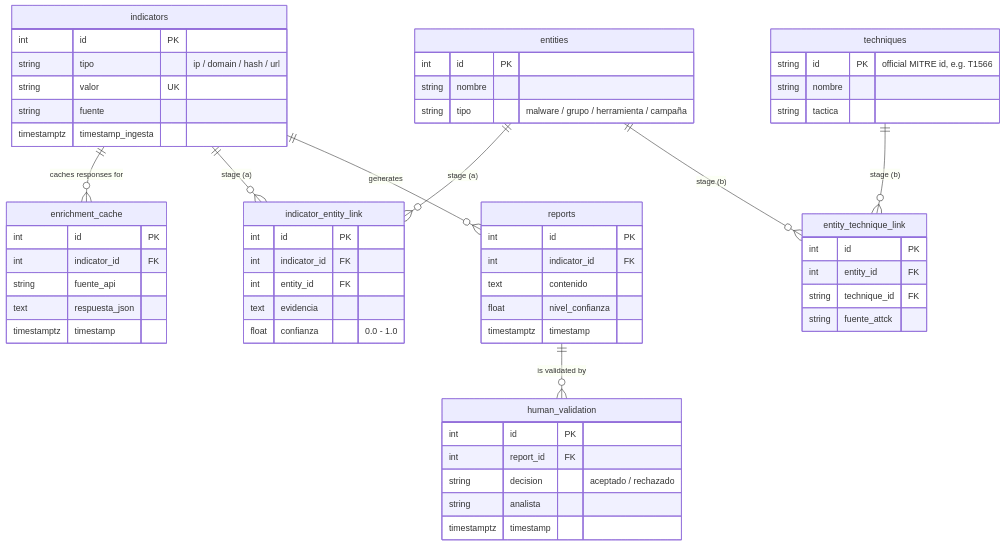
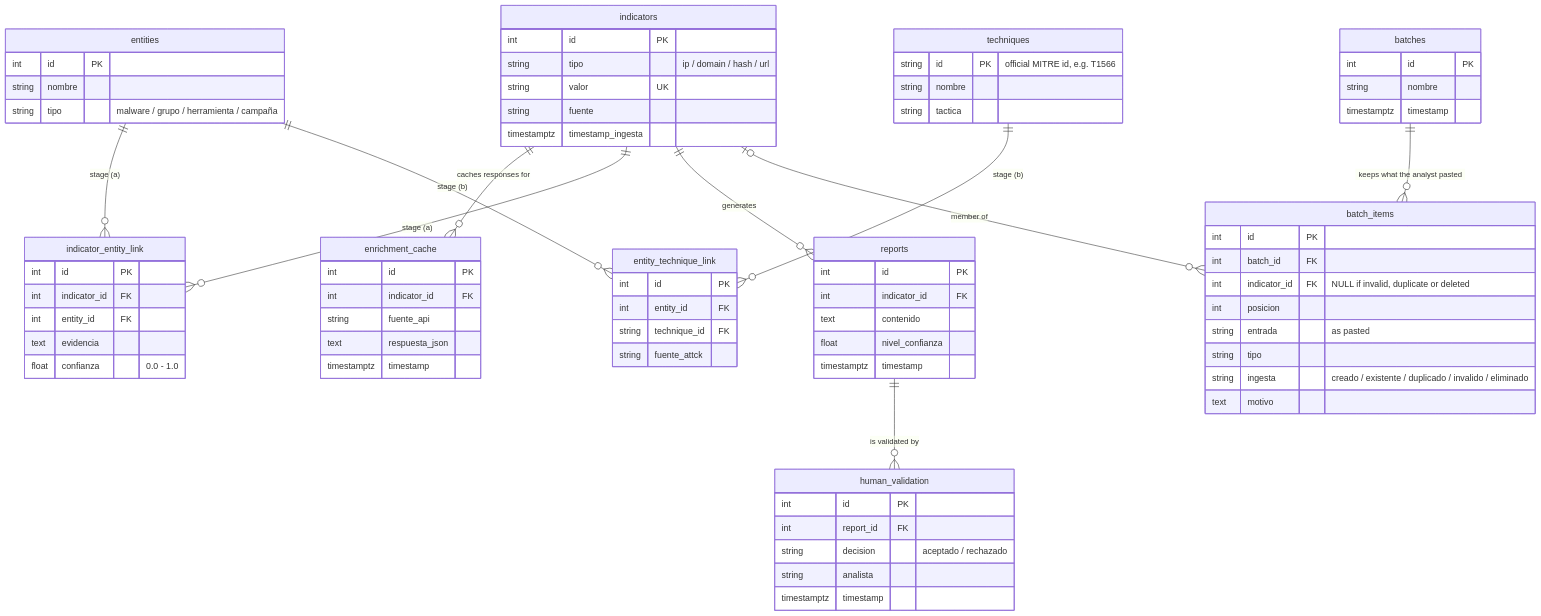
Before and after one commit to NEXO-FDSI/NEXO-BACKEND: the fourth of 4 diagrams in README.md, drawn with Mermaid. The commit also changed other lines of this file and 15 other files, not shown here.

````diff
--- a/README.md
+++ b/README.md
@@ -162,62 +162,79 @@
 ```mermaid
 erDiagram
     indicators ||--o{ enrichment_cache : "caches responses for"
     indicators ||--o{ indicator_entity_link : "stage (a)"
     entities   ||--o{ indicator_entity_link : "stage (a)"
     entities   ||--o{ entity_technique_link : "stage (b)"
     techniques ||--o{ entity_technique_link : "stage (b)"
     indicators ||--o{ reports : "generates"
     reports    ||--o{ human_validation : "is validated by"
+    batches    ||--o{ batch_items : "keeps what the analyst pasted"
+    indicators |o--o{ batch_items : "member of"
 
     indicators {
         int id PK
         string tipo "ip / domain / hash / url"
         string valor UK
         string fuente
         timestamptz timestamp_ingesta
     }
     enrichment_cache {
         int id PK
         int indicator_id FK
         string fuente_api
         text respuesta_json
         timestamptz timestamp
     }
     entities {
         int id PK
         string nombre
         string tipo "malware / grupo / herramienta / campaña"
     }
     indicator_entity_link {
         int id PK
         int indicator_id FK
         int entity_id FK
         text evidencia
         float confianza "0.0 - 1.0"
     }
     techniques {
         string id PK "official MITRE id, e.g. T1566"
         string nombre
         string tactica
     }
     entity_technique_link {
         int id PK
         int entity_id FK
         string technique_id FK
         string fuente_attck
     }
     reports {
         int id PK
         int indicator_id FK
         text contenido
         float nivel_confianza
         timestamptz timestamp
     }
     human_validation {
         int id PK
         int report_id FK
         string decision "aceptado / rechazado"
         string analista
         timestamptz timestamp
     }
+    batches {
+        int id PK
+        string nombre
+        timestamptz timestamp
+    }
+    batch_items {
+        int id PK
+        int batch_id FK
+        int indicator_id FK "NULL if invalid, duplicate or deleted"
+        int posicion
+        string entrada "as pasted"
+        string tipo
+        string ingesta "creado / existente / duplicado / invalido / eliminado"
+        text motivo
+    }
 ```
````
